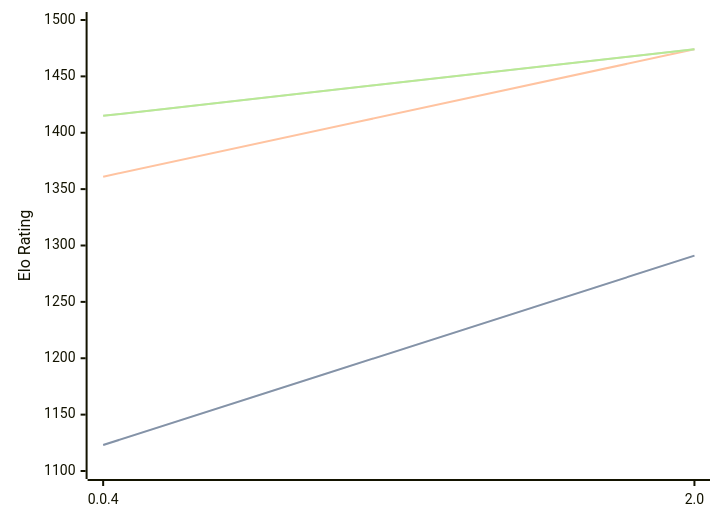
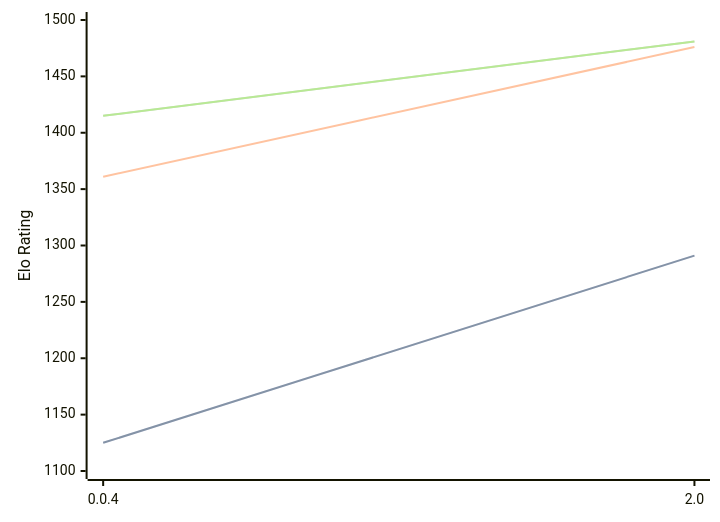
The diagram in engines/Oops!Mate.md (computer-chess-index/cci), drawn with Mermaid before and after one commit. The commit also changed other lines of this file, not shown here.

Commit message:
Update CCI Ratings (ELO VLTC) - 2026-04-19

````diff
--- a/engines/Oops!Mate.md
+++ b/engines/Oops!Mate.md
@@ -51,11 +51,11 @@
 ```mermaid
 %%{init: {"theme":"base","themeVariables":{"seriesColors:['#a3a3a3','#222221','#faa371']}}}%%
 xychart-beta
   x-axis ["0.0.4", "2.0"]
   y-axis "Elo Rating" 1100 --> 1500
-  line "STC (8.0+0.08s)" [1123, 1291]
-  line "STC (8.0+0.08s)" [1123, 1291]
-  line "LTC (60.0+0.60s)" [1361, 1474]
-  line "VLTC (2m24s+1.12s)" [1415, 1474]
-  line "VLTC (2m24s+1.12s)" [1415, 1474]
+  line "STC (8.0+0.08s)" [1125, 1291]
+  line "STC (8.0+0.08s)" [1125, 1291]
+  line "LTC (60.0+0.60s)" [1361, 1476]
+  line "VLTC (2m24s+1.12s)" [1415, 1481]
+  line "VLTC (2m24s+1.12s)" [1415, 1481]
 ```
````
